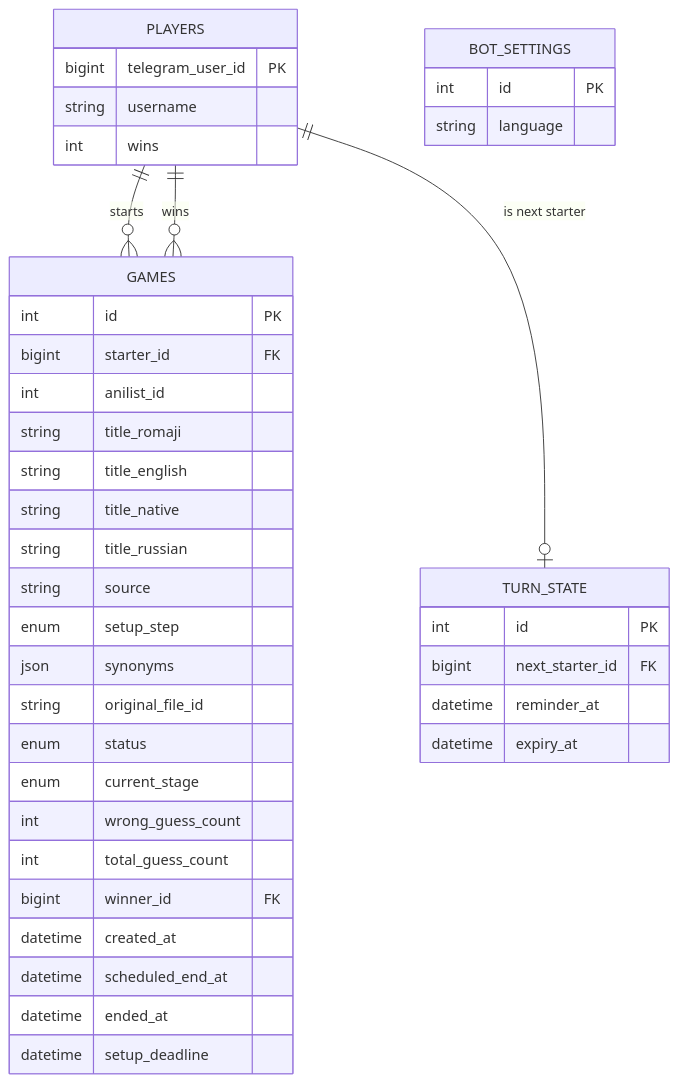
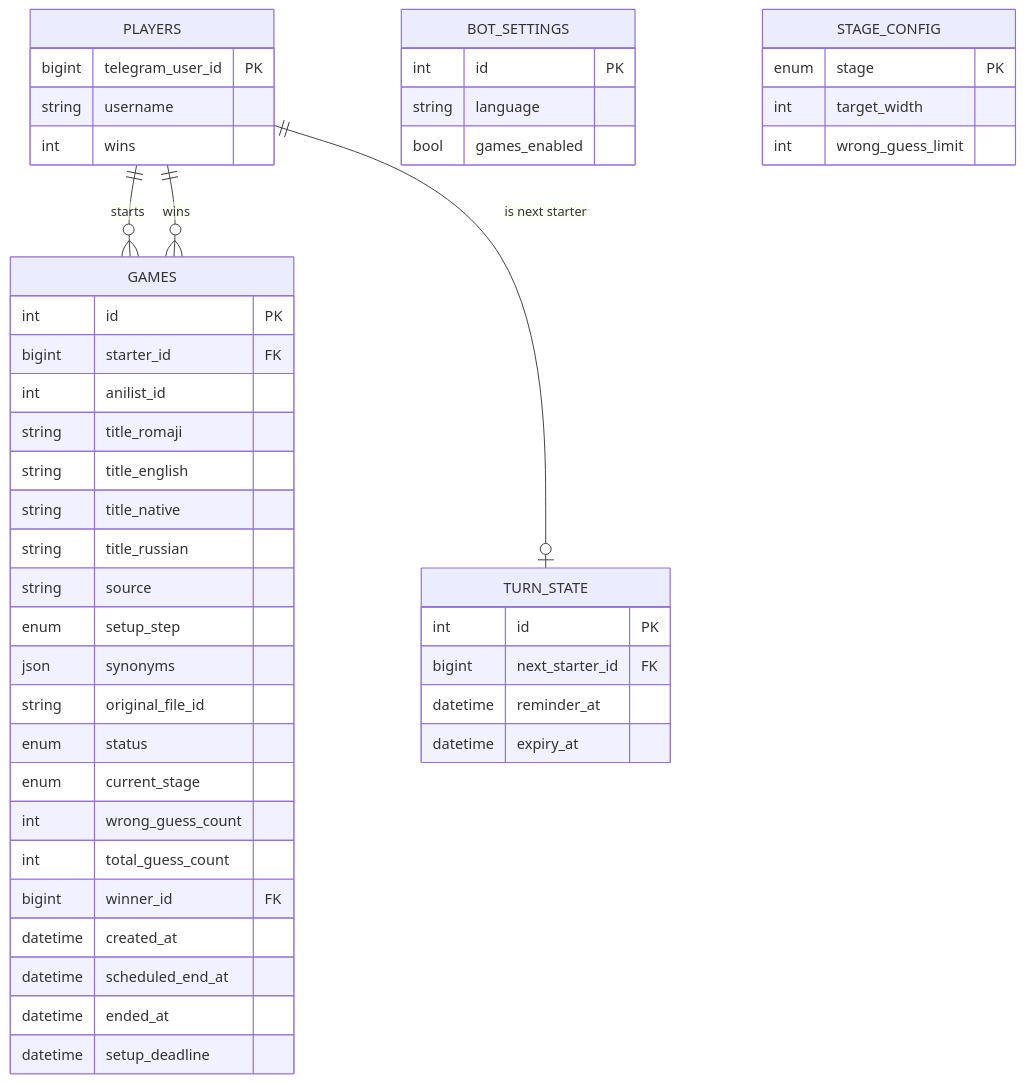
One commit to sm-steel/nani-pix-bot changed the second of 2 diagrams in ARCHITECTURE.md. Above: the diagram before and after it, drawn with Mermaid. The commit also changed other lines of this file and 2 other files, not shown here.

First line of the commit message:
Docs: DB-backed stage config + new admin commands

````diff
--- a/ARCHITECTURE.md
+++ b/ARCHITECTURE.md
@@ -99,44 +102,50 @@
 ```mermaid
 erDiagram
     PLAYERS ||--o{ GAMES : starts
     PLAYERS ||--o{ GAMES : wins
     PLAYERS ||--o| TURN_STATE : "is next starter"
 
     PLAYERS {
         bigint telegram_user_id PK
         string username
         int wins
     }
     GAMES {
         int id PK
         bigint starter_id FK
         int anilist_id
         string title_romaji
         string title_english
         string title_native
         string title_russian
         string source
         enum setup_step
         json synonyms
         string original_file_id
         enum status
         enum current_stage
         int wrong_guess_count
         int total_guess_count
         bigint winner_id FK
         datetime created_at
         datetime scheduled_end_at
         datetime ended_at
         datetime setup_deadline
     }
     TURN_STATE {
         int id PK
         bigint next_starter_id FK
         datetime reminder_at
         datetime expiry_at
     }
     BOT_SETTINGS {
         int id PK
         string language
+        bool games_enabled
+    }
+    STAGE_CONFIG {
+        enum stage PK
+        int target_width
+        int wrong_guess_limit
     }
 ```
````
